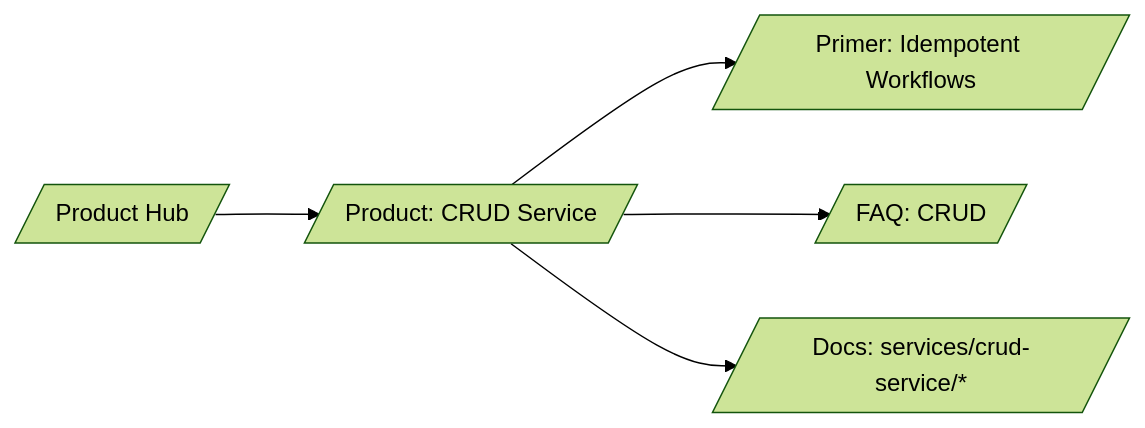
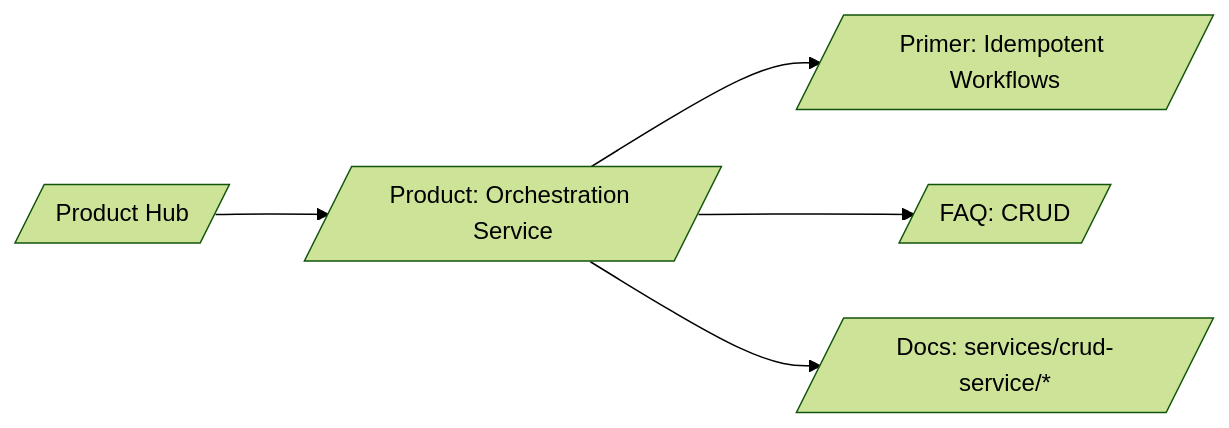
Before and after one commit to empowerID/empowernow_docs: the diagram in marketing/research/serp/strategies/crud.md, drawn with Mermaid (forest theme). The commit also changed other lines of this file and 82 other files, not shown here.

````diff
--- a/marketing/research/serp/strategies/crud.md
+++ b/marketing/research/serp/strategies/crud.md
@@ -35,7 +35,7 @@
 ```mermaid
 flowchart LR
-  Hub[/Product Hub/] --> CRUD[/Product: CRUD Service/]
+  Hub[/Product Hub/] --> CRUD[/Product: Orchestration Service/]
   CRUD --> Primer[/Primer: Idempotent Workflows/]
   CRUD --> FAQ[/FAQ: CRUD/]
   CRUD --> Ref[/Docs: services/crud-service/*/]
 ```
````
